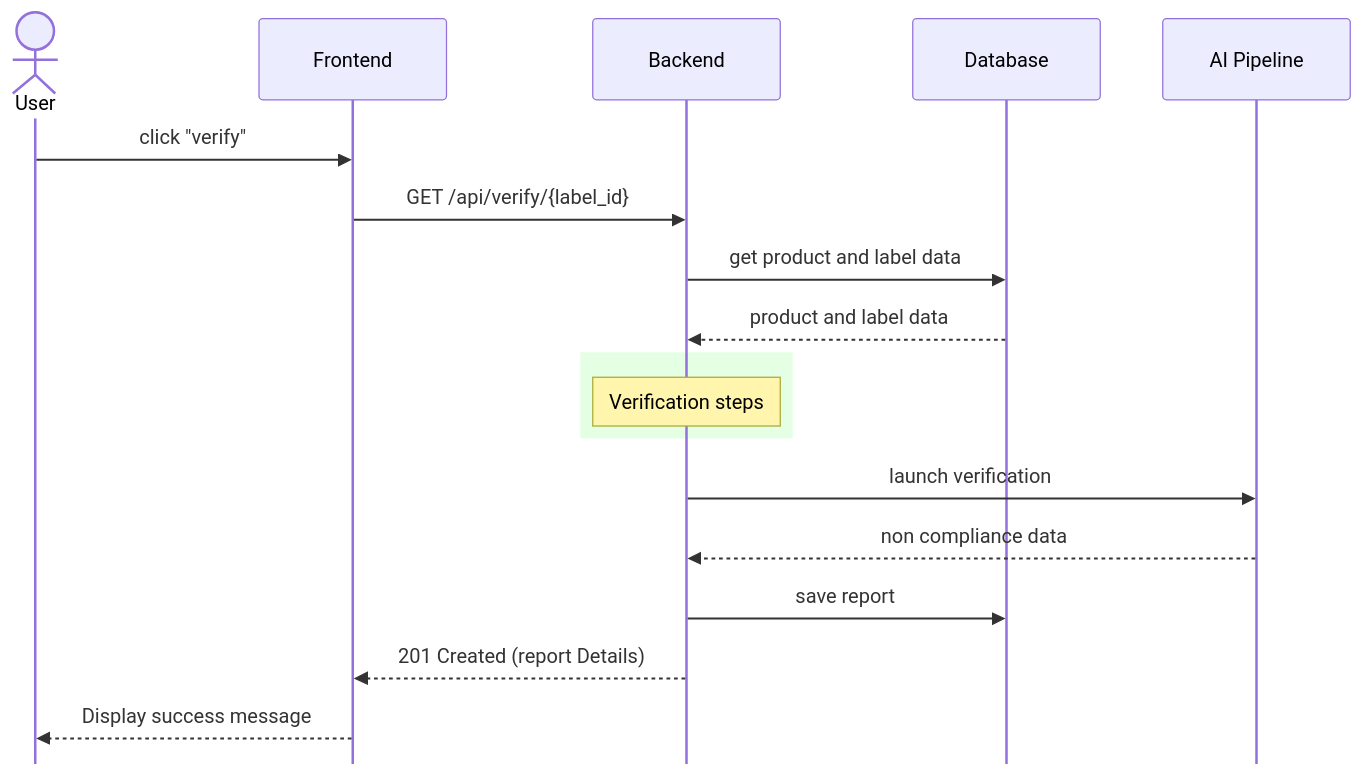
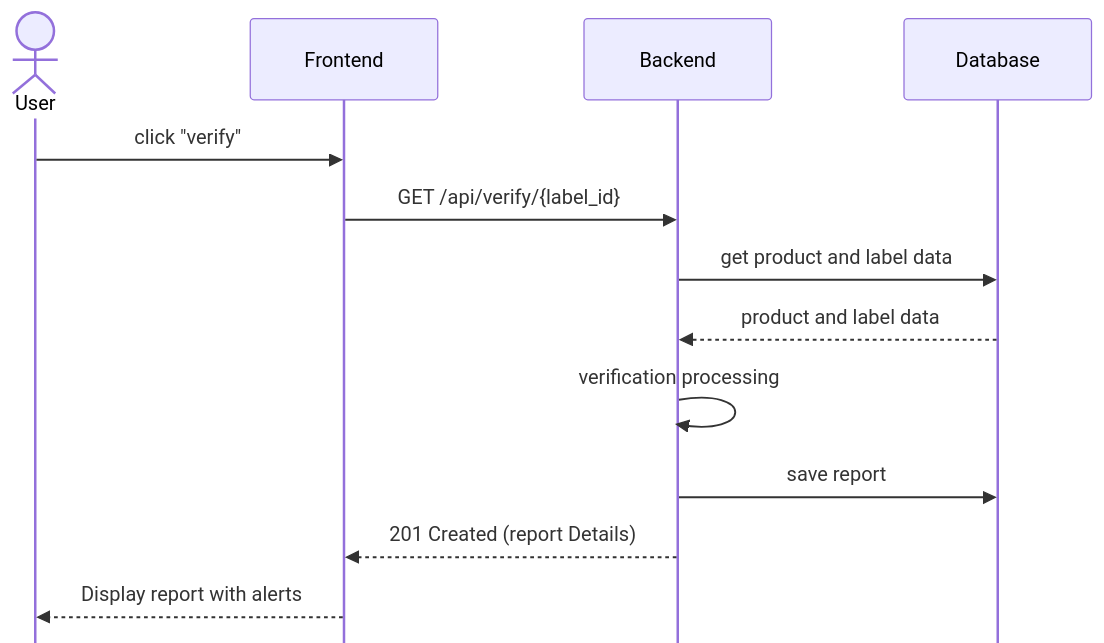
Before and after one commit to ai-cfia/fertiscan: the first of 2 diagrams in docs/compliance/design.md, drawn with Mermaid. The commit also changed other lines of this file, not shown here.

Commit message:
Separate local and ai verification general design

````diff
--- a/docs/compliance/design.md
+++ b/docs/compliance/design.md
@@ -3,33 +5,22 @@
 ```mermaid
 %%{init: { "sequence": { "mirrorActors": false } }}%%
 sequenceDiagram
     actor usr as User
     participant fe as Frontend
     participant be as Backend
     participant db as Database
-    actor usr as User
-    participant fe as Frontend
-    participant be as Backend
-    participant db as Database
-    participant ai as AI Pipeline
-
     usr ->> fe : click "verify"
     fe ->> be : GET /api/verify/{label_id}
 
 
     be ->> db : get product and label data
     db -->> be : product and label data
 
-    rect rgba(0,250,0,0.1)
-        note over be: Verification steps
-    end
-
-    be ->> ai: launch verification
-    ai -->> be: non compliance data
+    be ->> be : verification processing
 
     be ->> db : save report
 
     be -->> fe: 201 Created (report Details)
 
-    fe -->> usr: Display success message
+    fe -->> usr: Display report with alerts
 ```
````
